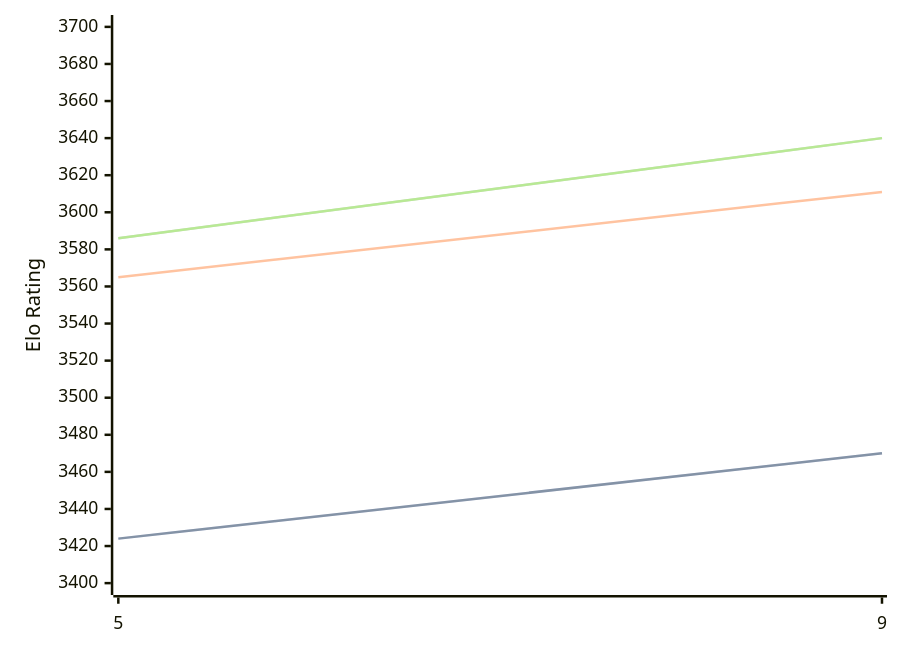
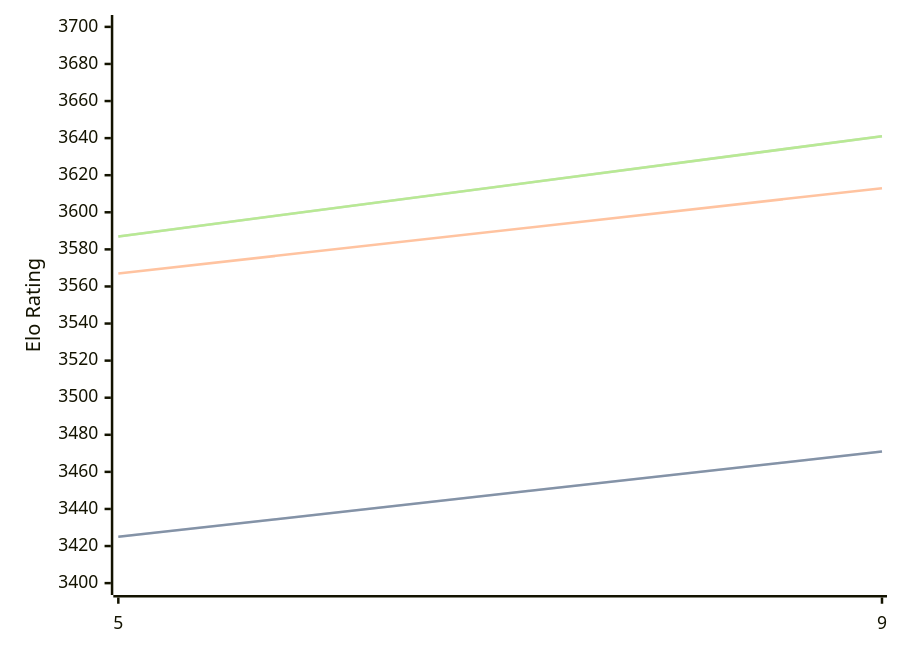
The diagram in engines/Crystal.md (computer-chess-index/cci), drawn with Mermaid before and after one commit. The commit also changed other lines of this file, not shown here.

Commit message:
Update CCI Ratings (ELO VLTC) - 2026-05-06

````diff
--- a/engines/Crystal.md
+++ b/engines/Crystal.md
@@ -60,11 +60,11 @@
 ```mermaid
 %%{init: {"theme":"base","themeVariables":{"seriesColors:['#a3a3a3','#222221','#faa371']}}}%%
 xychart-beta
   x-axis ["5", "9"]
   y-axis "Elo Rating" 3400 --> 3700
-  line "STC (8.0+0.08s)" [3424, 3470]
-  line "STC (8.0+0.08s)" [3424, 3470]
-  line "LTC (60.0+0.60s)" [3565, 3611]
-  line "VLTC (2m24s+1.12s)" [3586, 3640]
-  line "VLTC (2m24s+1.12s)" [3586, 3640]
+  line "STC (8.0+0.08s)" [3425, 3471]
+  line "STC (8.0+0.08s)" [3425, 3471]
+  line "LTC (60.0+0.60s)" [3567, 3613]
+  line "VLTC (2m24s+1.12s)" [3587, 3641]
+  line "VLTC (2m24s+1.12s)" [3587, 3641]
 ```
````
